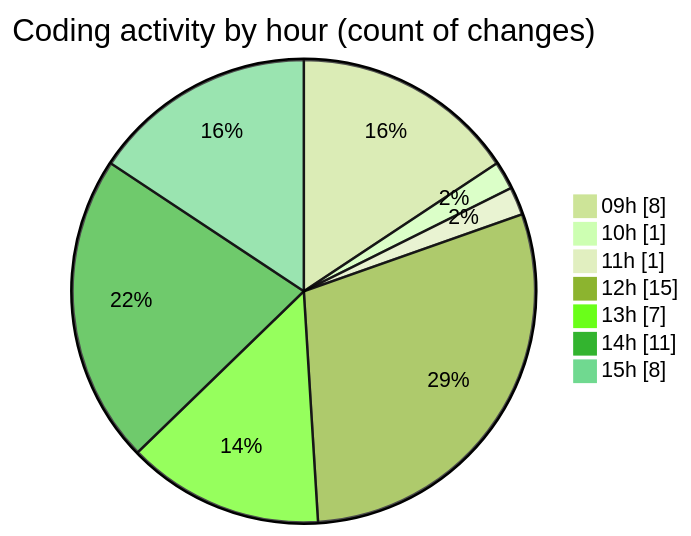
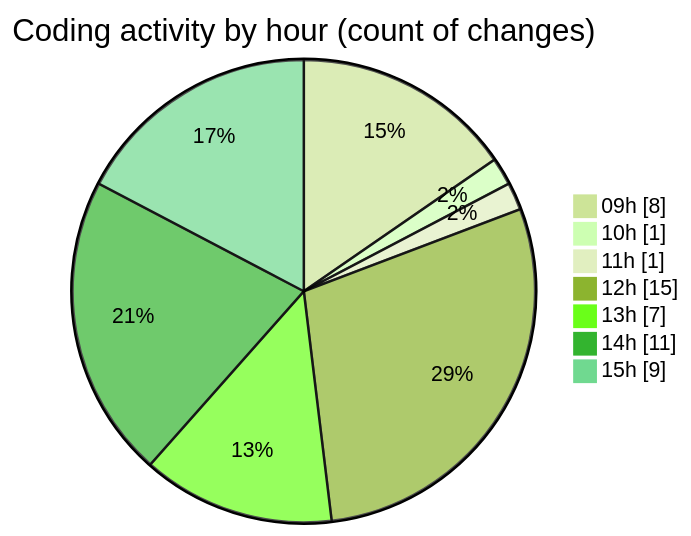
Before and after one commit to momahboobian/code-tracking: the second of 2 diagrams in 2025-05-06/cda/README.md, drawn with Mermaid (forest theme). The commit also changed other lines of this file and 1 other file, not shown here.

````diff
--- a/2025-05-06/cda/README.md
+++ b/2025-05-06/cda/README.md
@@ -46,11 +46,11 @@
 ```mermaid
 pie showData
 title Coding activity by hour (count of changes)
 "09h" : 8
 "10h" : 1
 "11h" : 1
 "12h" : 15
 "13h" : 7
 "14h" : 11
-"15h" : 8
+"15h" : 9
 ```
````
